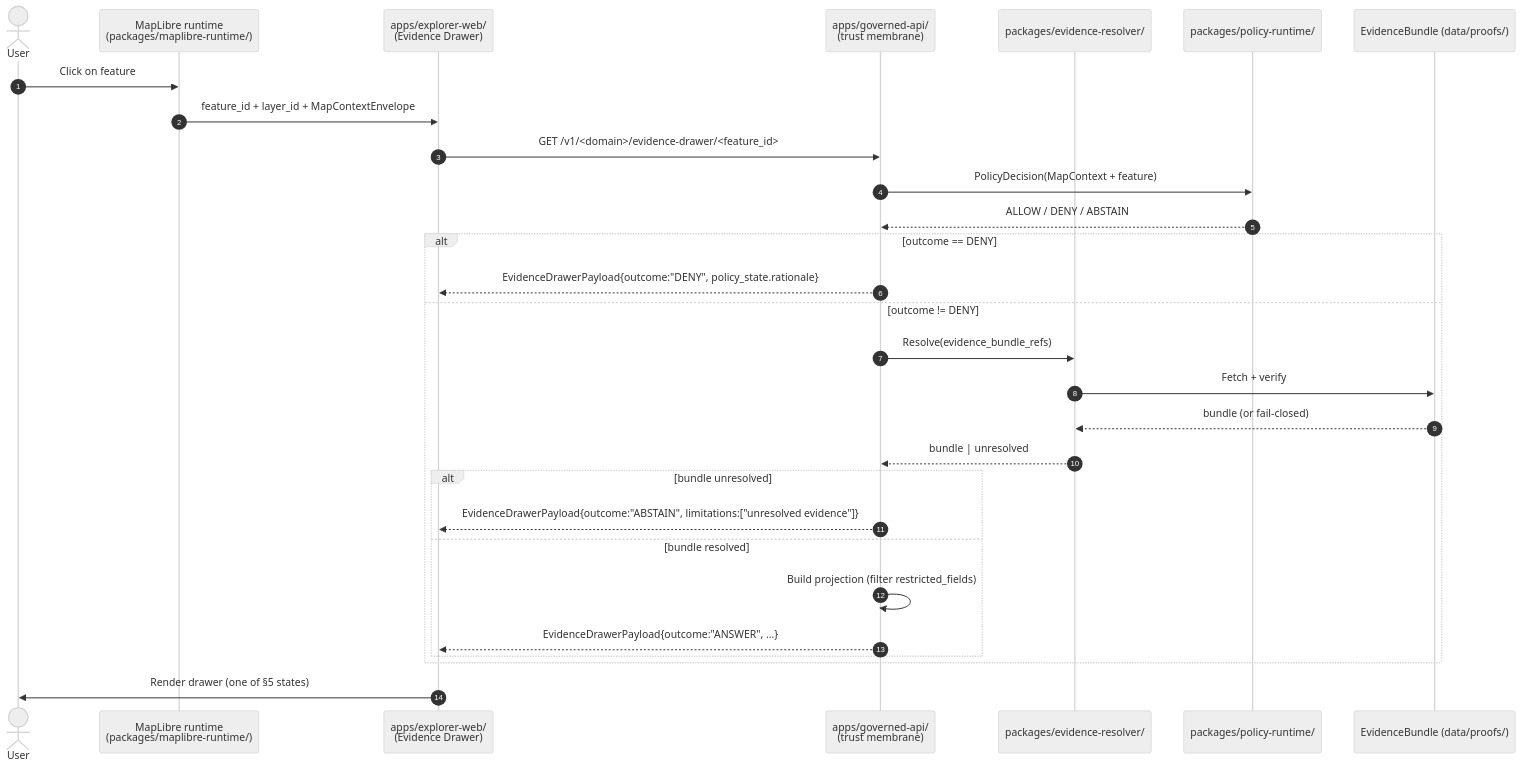
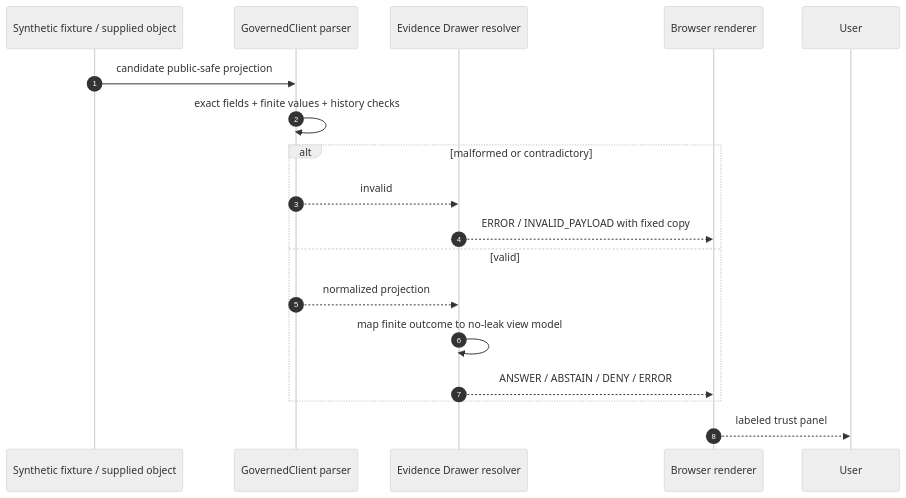
One commit to bartytime4life/Kansas-Frontier-Matrix changed the second of 2 diagrams in docs/architecture/evidence-drawer.md. Above: the diagram before and after it, drawn with Mermaid (neutral theme). The commit also changed other lines of this file, not shown here.

Commit message:
docs(architecture): ground Evidence Drawer architecture

````diff
--- a/docs/architecture/evidence-drawer.md
+++ b/docs/architecture/evidence-drawer.md
@@ -292,32 +318,21 @@
 ```mermaid
 sequenceDiagram
     autonumber
-    actor U as User
-    participant ML as MapLibre runtime<br/>(packages/maplibre-runtime/)
-    participant EW as apps/explorer-web/<br/>(Evidence Drawer)
-    participant GA as apps/governed-api/<br/>(trust membrane)
-    participant ER as packages/evidence-resolver/
-    participant POL as packages/policy-runtime/
-    participant EB as EvidenceBundle (data/proofs/)
+    participant F as Synthetic fixture / supplied object
+    participant G as GovernedClient parser
+    participant V as Evidence Drawer resolver
+    participant B as Browser renderer
+    participant U as User
 
-    U->>ML: Click on feature
-    ML->>EW: feature_id + layer_id + MapContextEnvelope
-    EW->>GA: GET /v1/<domain>/evidence-drawer/<feature_id>
-    GA->>POL: PolicyDecision(MapContext + feature)
-    POL-->>GA: ALLOW / DENY / ABSTAIN
-    alt outcome == DENY
-        GA-->>EW: EvidenceDrawerPayload{outcome:"DENY", policy_state.rationale}
-    else outcome != DENY
-        GA->>ER: Resolve(evidence_bundle_refs)
-        ER->>EB: Fetch + verify
-        EB-->>ER: bundle (or fail-closed)
-        ER-->>GA: bundle | unresolved
-        alt bundle unresolved
-            GA-->>EW: EvidenceDrawerPayload{outcome:"ABSTAIN", limitations:["unresolved evidence"]}
-        else bundle resolved
-            GA->>GA: Build projection (filter restricted_fields)
-            GA-->>EW: EvidenceDrawerPayload{outcome:"ANSWER", ...}
-        end
+    F->>G: candidate public-safe projection
+    G->>G: exact fields + finite values + history checks
+    alt malformed or contradictory
+        G-->>V: invalid
+        V-->>B: ERROR / INVALID_PAYLOAD with fixed copy
+    else valid
+        G-->>V: normalized projection
+        V->>V: map finite outcome to no-leak view model
+        V-->>B: ANSWER / ABSTAIN / DENY / ERROR
     end
-    EW->>U: Render drawer (one of §5 states)
+    B-->>U: labeled trust panel
 ```
````
